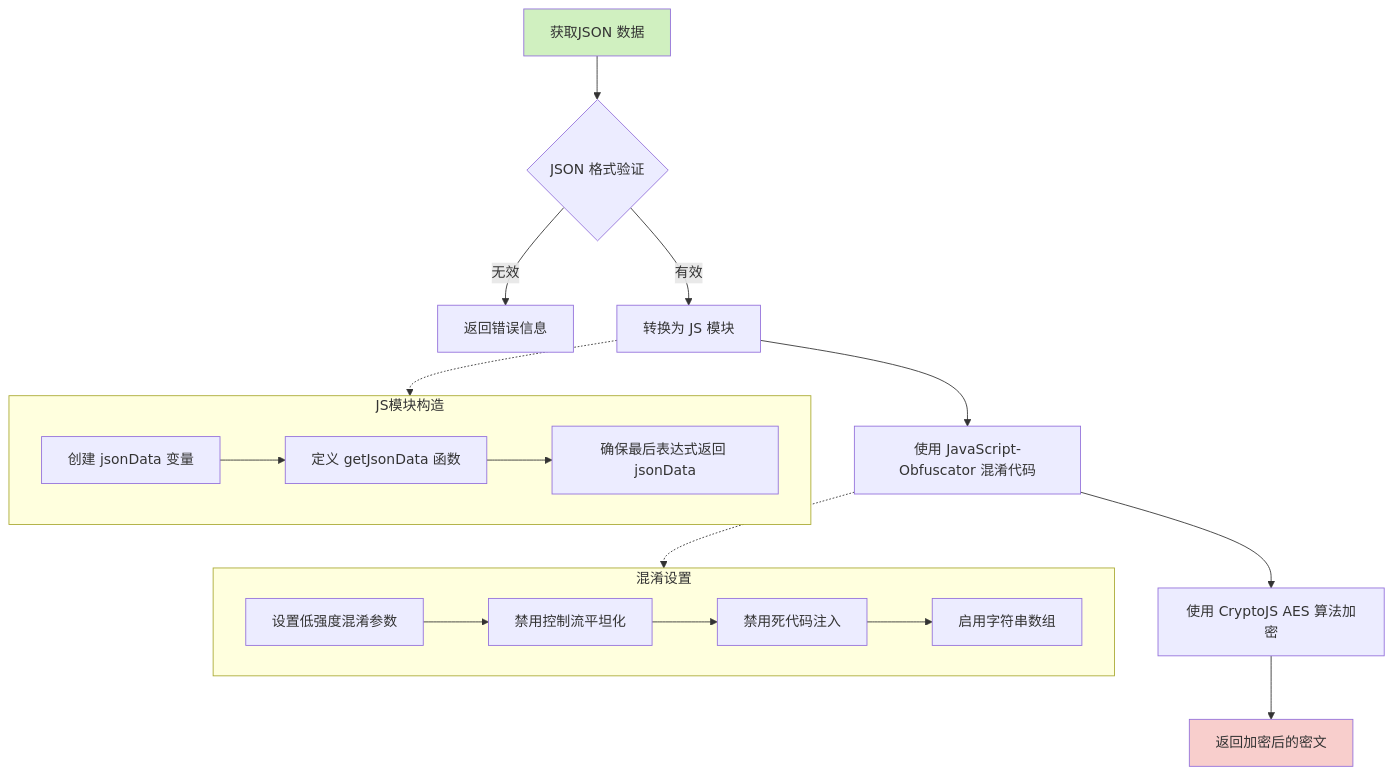
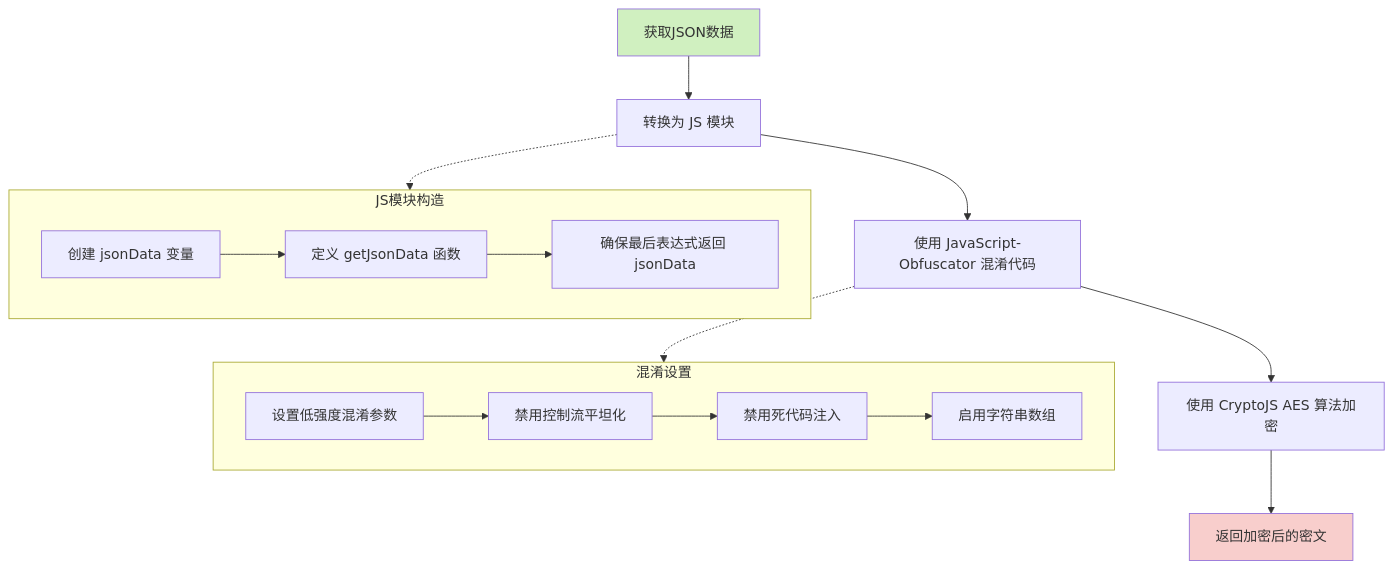
Before and after one commit to yingjianzh/iodraw-files: the diagram in all/未命名-42.md, drawn with Mermaid.

Commit message:
2025-04-24 17:54:35 update

````diff
--- a/all/未命名-42.md
+++ b/all/未命名-42.md
@@ -1,29 +1,27 @@
 ```mermaid
 
 flowchart TD
-    A[获取JSON 数据] --> B{JSON 格式验证}
-    B -->|无效| C[返回错误信息]
-    B -->|有效| D[转换为 JS 模块]
+    A[获取JSON数据] --> D[转换为 JS 模块]
     D --> E[使用 JavaScript-Obfuscator 混淆代码]
     E --> F[使用 CryptoJS AES 算法加密]
     F --> G[返回加密后的密文]
     
     subgraph JS模块构造
     D1[创建 jsonData 变量] --> D2[定义 getJsonData 函数]
     D2 --> D3[确保最后表达式返回 jsonData]
     end
     
     subgraph 混淆设置
     E1[设置低强度混淆参数] --> E2[禁用控制流平坦化]
     E2 --> E3[禁用死代码注入]
     E3 --> E4[启用字符串数组]
     end
     
     D -.-> JS模块构造
     E -.-> 混淆设置
     
     style A fill:#d0f0c0
     style G fill:#f8cecc
 
 
 ```
````
